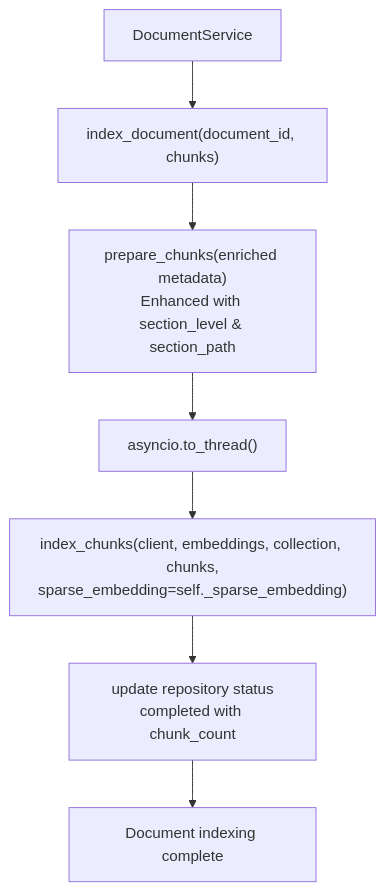
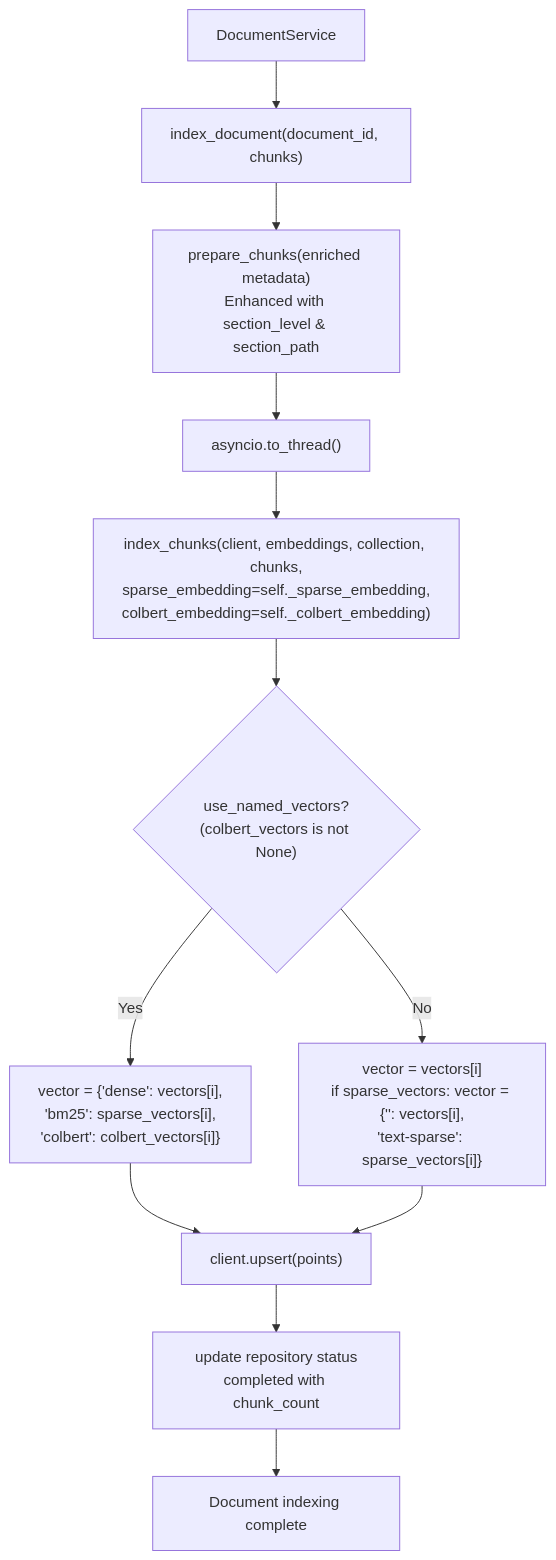
One commit to ognelis/cafetera_hr_bot changed diagram 13 of 15 in .qoder/repowiki/en/content/RAG Integration/RAG Parser Enhancement.md. Above: the diagram before and after it, drawn with Mermaid. The commit also changed other lines of this file and 27 other files, not shown here.

````diff
--- a/.qoder/repowiki/en/content/RAG Integration/RAG Parser Enhancement.md
+++ b/.qoder/repowiki/en/content/RAG Integration/RAG Parser Enhancement.md
@@ -556,9 +645,14 @@
 ```mermaid
 flowchart TD
 DocumentService["DocumentService"] --> IndexDocument["index_document(document_id, chunks)"]
 IndexDocument --> PrepareChunks["prepare_chunks(enriched metadata)<br/>Enhanced with section_level & section_path"]
 PrepareChunks --> AsyncThread["asyncio.to_thread()"]
-AsyncThread --> IndexChunks["index_chunks(client, embeddings, collection, chunks,<br/>sparse_embedding=self._sparse_embedding)"]
-IndexChunks --> UpdateRepo["update repository status<br/>completed with chunk_count"]
+AsyncThread --> IndexChunks["index_chunks(client, embeddings, collection, chunks,<br/>sparse_embedding=self._sparse_embedding,<br/>colbert_embedding=self._colbert_embedding)"]
+IndexChunks --> UseNamedVectors{"use_named_vectors?<br/>(colbert_vectors is not None)"}
+UseNamedVectors --> |"Yes"| NamedVectors["vector = {'dense': vectors[i],<br/>'bm25': sparse_vectors[i],<br/>'colbert': colbert_vectors[i]}"]
+UseNamedVectors --> |"No"| LegacyVectors["vector = vectors[i]<br/>if sparse_vectors: vector = {'': vectors[i],<br/>'text-sparse': sparse_vectors[i]}"]
+NamedVectors --> Upsert["client.upsert(points)"]
+LegacyVectors --> Upsert
+Upsert --> UpdateRepo["update repository status<br/>completed with chunk_count"]
 UpdateRepo --> Complete["Document indexing complete"]
 ```
````
